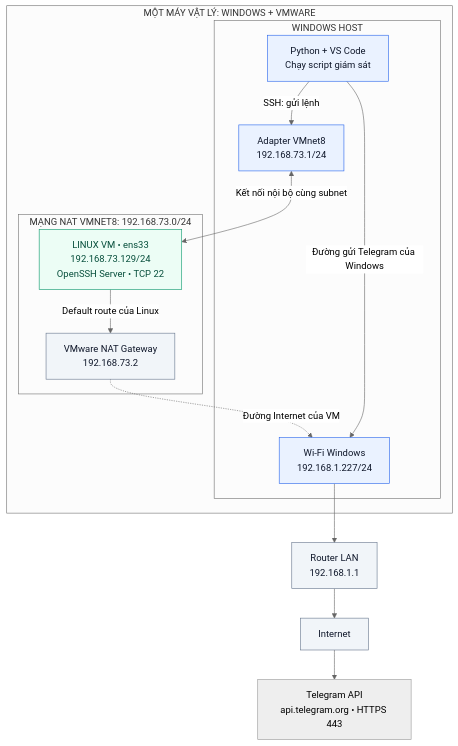
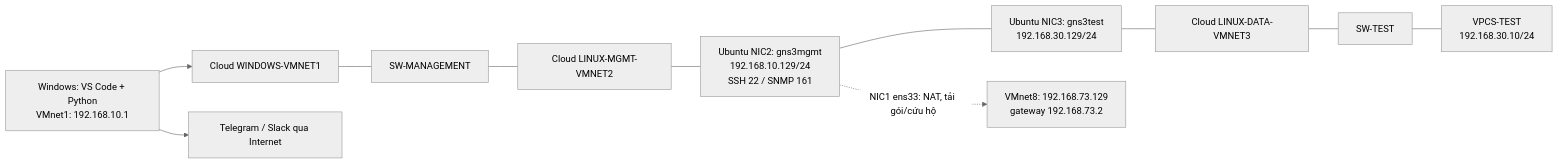
One commit to tunato2807-del/qtmnc changed the second of 8 diagrams in docs/diagrams/SO_DO_MERMAID.md. Above: the diagram before and after it, drawn with Mermaid (neutral theme). The commit also changed other lines of this file and 68 other files, not shown here.

Commit message:
Rebuild monitoring project for GNS3 SSH SNMP lab with detailed Windows guide

````diff
--- a/docs/diagrams/SO_DO_MERMAID.md
+++ b/docs/diagrams/SO_DO_MERMAID.md
@@ -50,29 +41,13 @@
 ```mermaid
-flowchart TB
-    subgraph physical["MỘT MÁY VẬT LÝ: WINDOWS + VMWARE"]
-        subgraph windows["WINDOWS HOST"]
-            monitor["Python + VS Code<br/>Chạy script giám sát"]
-            vmnet8["Adapter VMnet8<br/>192.168.73.1/24"]
-            wifi["Wi-Fi Windows<br/>192.168.1.227/24"]
-        end
-        subgraph nat["MẠNG NAT VMNET8: 192.168.73.0/24"]
-            linux["LINUX VM • ens33<br/>192.168.73.129/24<br/>OpenSSH Server • TCP 22"]
-            gateway["VMware NAT Gateway<br/>192.168.73.2"]
-        end
-        monitor -->|"SSH: gửi lệnh"| vmnet8
-        vmnet8 <-->|"Kết nối nội bộ cùng subnet"| linux
-        linux -->|"Default route của Linux"| gateway
-        gateway -. "Đường Internet của VM" .-> wifi
-        monitor -->|"Đường gửi Telegram của Windows"| wifi
-    end
-    router["Router LAN<br/>192.168.1.1"]
-    internet["Internet"]
-    api["Telegram API<br/>api.telegram.org • HTTPS 443"]
-    wifi --> router --> internet --> api
-    classDef host fill:#eaf2ff,stroke:#2563eb,color:#0f172a;
-    classDef vm fill:#ecfdf5,stroke:#059669,color:#064e3b;
-    classDef network fill:#f1f5f9,stroke:#64748b,color:#0f172a;
-    class monitor,vmnet8,wifi host;
-    class linux vm;
-    class gateway,router,internet network;
+flowchart LR
+  W["Windows: VS Code + Python<br/>VMnet1: 192.168.10.1"] --> C1["Cloud WINDOWS-VMNET1"]
+  C1 --- S1["SW-MANAGEMENT"]
+  S1 --- C2["Cloud LINUX-MGMT-VMNET2"]
+  C2 --- L["Ubuntu NIC2: gns3mgmt<br/>192.168.10.129/24<br/>SSH 22 / SNMP 161"]
+  L --- T["Ubuntu NIC3: gns3test<br/>192.168.30.129/24"]
+  T --- C3["Cloud LINUX-DATA-VMNET3"]
+  C3 --- S2["SW-TEST"]
+  S2 --- V["VPCS-TEST<br/>192.168.30.10/24"]
+  W --> M["Telegram / Slack qua Internet"]
+  L -. "NIC1 ens33: NAT, tải gói/cứu hộ" .-> N["VMnet8: 192.168.73.129<br/>gateway 192.168.73.2"]
 ```
````
